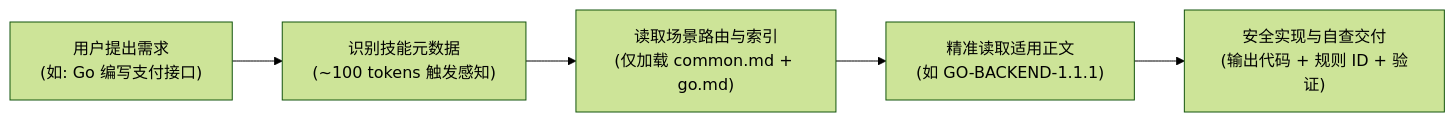
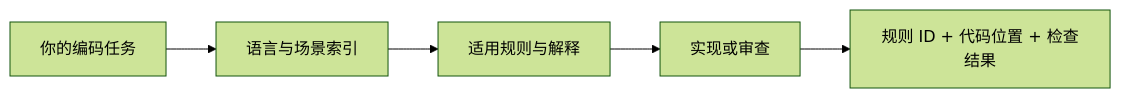
The diagram in README.zh-CN.md (yuhengqin/secure-coding-skill), drawn with Mermaid (forest theme) before and after one commit. The commit also changed other lines of this file and 5 other files, not shown here.

````diff
--- a/README.zh-CN.md
+++ b/README.zh-CN.md
@@ -147,7 +144,7 @@
 ```mermaid
 flowchart LR
-    A["用户提出需求<br/>(如: Go 编写支付接口)"] --> B["识别技能元数据<br/>(~100 tokens 触发感知)"]
-    B --> C["读取场景路由与索引<br/>(仅加载 common.md + go.md)"]
-    C --> D["精准读取适用正文<br/>(如 GO-BACKEND-1.1.1)"]
-    D --> E["安全实现与自查交付<br/>(输出代码 + 规则 ID + 验证)"]
+    A["你的编码任务"] --> B["语言与场景索引"]
+    B --> C["适用规则与解释"]
+    C --> D["实现或审查"]
+    D --> E["规则 ID + 代码位置 + 检查结果"]
 ```
````
